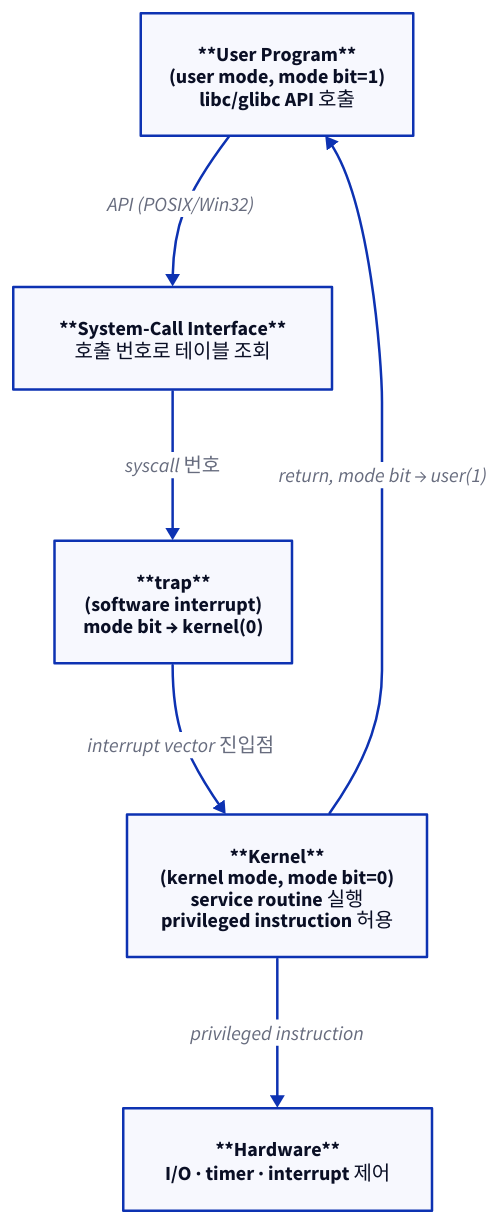
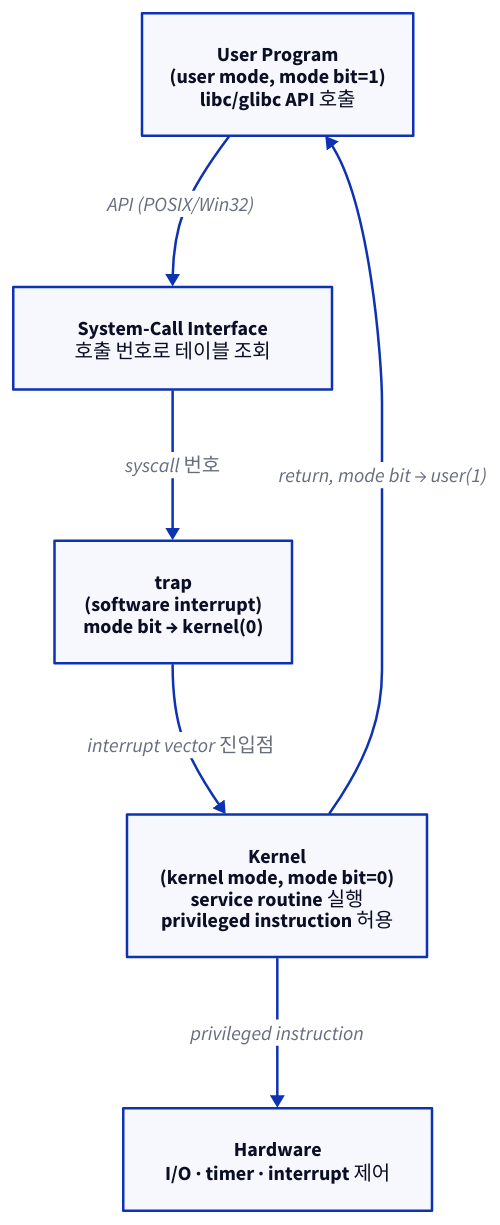
The first of 3 diagrams in starlight_site/src/content/docs/os_for_dv/01_os_overview.md (humbleowl39/DV_SKOOL), drawn with D2 before and after one commit. The commit also changed 714 other files, not shown here.

First line of the commit message:
fix(site): d2 다이어그램 가독성 결함 6종 일괄 수정

````diff
--- a/starlight_site/src/content/docs/os_for_dv/01_os_overview.md
+++ b/starlight_site/src/content/docs/os_for_dv/01_os_overview.md
@@ -37,15 +37,15 @@
 ```d2
 direction: down
 
-APP: "**User Program**\n(user mode, mode bit=1)\nlibc/glibc API 호출"
-SCI: "**System-Call Interface**\n호출 번호로 테이블 조회"
-TRAP: "**trap**\n(software interrupt)\nmode bit → kernel(0)"
-KERN: "**Kernel**\n(kernel mode, mode bit=0)\nservice routine 실행\nprivileged instruction 허용"
-HW: "**Hardware**\nI/O · timer · interrupt 제어"
+APP: "User Program\n(user mode, mode bit=1)\nlibc/glibc API 호출"
+SCI: "System-Call Interface\n호출 번호로 테이블 조회"
+TRAP: "trap\n(software interrupt)\nmode bit → kernel(0)"
+KERN: "Kernel\n(kernel mode, mode bit=0)\nservice routine 실행\nprivileged instruction 허용"
+HW: "Hardware\nI/O · timer · interrupt 제어"
 
 APP -> SCI: "API (POSIX/Win32)"
 SCI -> TRAP: "syscall 번호"
 TRAP -> KERN: "interrupt vector 진입점"
 KERN -> HW: "privileged instruction"
 KERN -> APP: "return, mode bit → user(1)"
 ```
````
